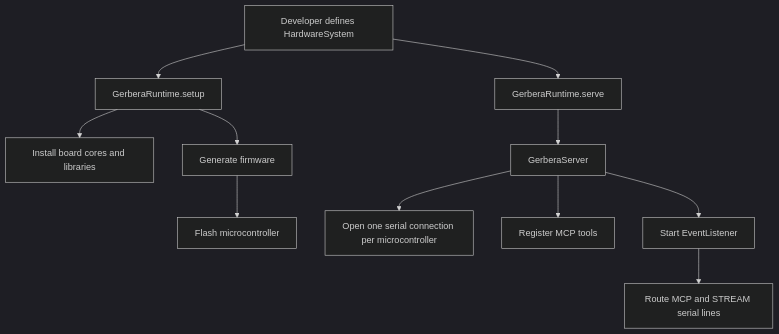
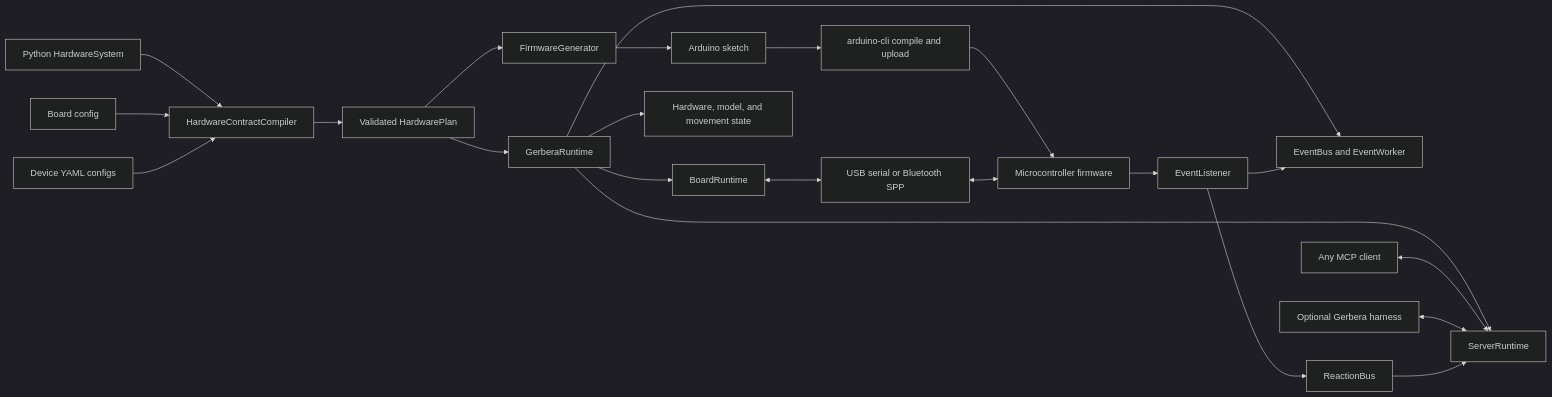
One commit to BaronLiu1993/gerbera changed the first of 4 diagrams in README.md. Above: the diagram before and after it, drawn with Mermaid (dark theme). The commit also changed other lines of this file and 1 other file, not shown here.

Commit message:
updated read me to better describe new system architecture and data flow

````diff
--- a/README.md
+++ b/README.md
@@ -72,13 +21,27 @@
 ```mermaid
-flowchart TD
-    A[Developer defines HardwareSystem] --> B[GerberaRuntime.setup]
-    B --> C[Install board cores and libraries]
-    B --> D[Generate firmware]
-    D --> E[Flash microcontroller]
-    A --> F[GerberaRuntime.serve]
-    F --> G[GerberaServer]
-    G --> H[Open one serial connection per microcontroller]
-    G --> I[Register MCP tools]
-    G --> J[Start EventListener]
-    J --> K[Route MCP and STREAM serial lines]
+flowchart LR
+    Declaration[Python HardwareSystem] --> Compiler[HardwareContractCompiler]
+    BoardConfig[Board config] --> Compiler
+    DeviceConfig[Device YAML configs] --> Compiler
+    Compiler --> Plan[Validated HardwarePlan]
+
+    Plan --> Generator[FirmwareGenerator]
+    Generator --> Sketch[Arduino sketch]
+    Sketch --> Flash[arduino-cli compile and upload]
+    Flash --> Board[Microcontroller firmware]
+
+    Plan --> Runtime[GerberaRuntime]
+    Runtime --> BoardRuntime[BoardRuntime]
+    Runtime --> ServerRuntime[ServerRuntime]
+    Runtime --> EventRuntime[EventBus and EventWorker]
+    Runtime --> StateRuntime[Hardware, model, and movement state]
+
+    Client[Any MCP client] <--> ServerRuntime
+    Harness[Optional Gerbera harness] <--> ServerRuntime
+    BoardRuntime <--> Transport[USB serial or Bluetooth SPP]
+    Transport <--> Board
+    Board --> Listener[EventListener]
+    Listener --> EventRuntime
+    Listener --> Reactions[ReactionBus]
+    Reactions --> ServerRuntime
 ```
````
